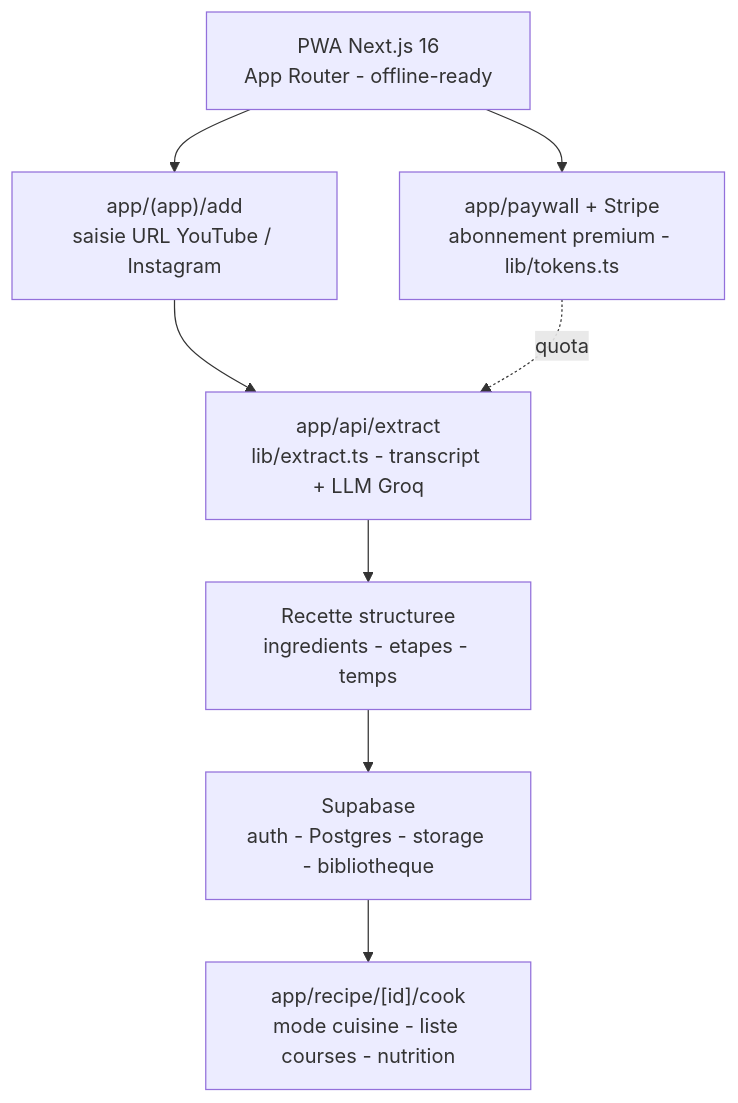
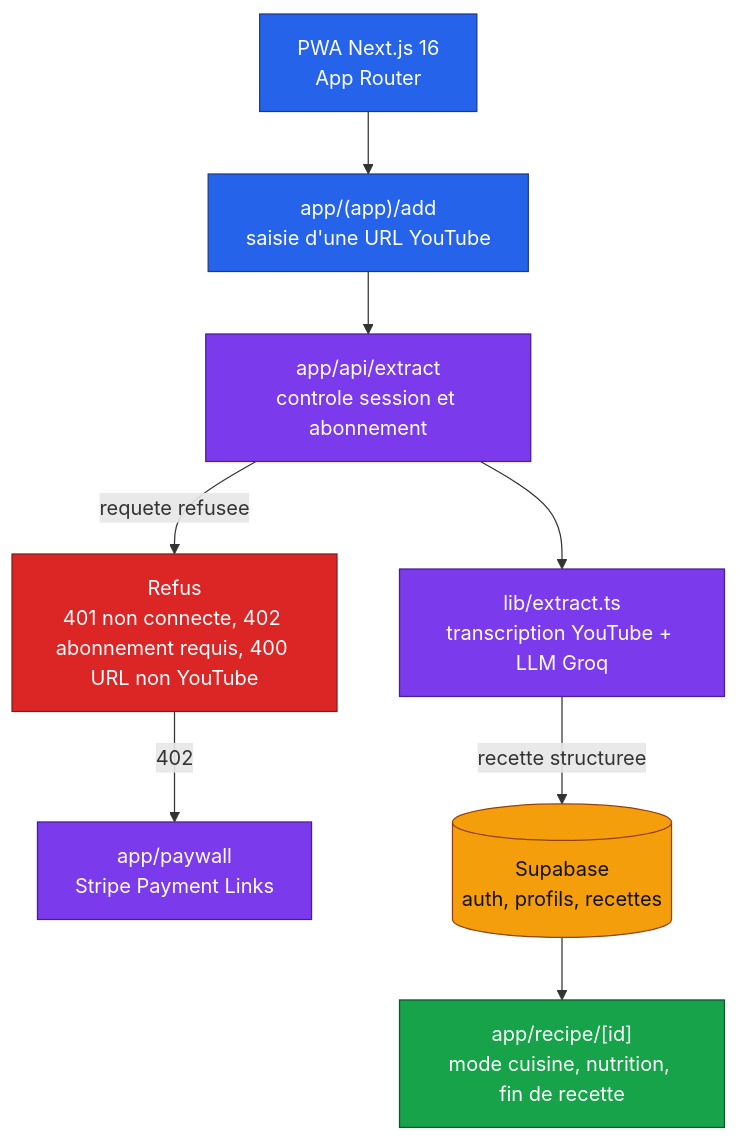
One commit to Adam-Blf/let-me-cook-v1 changed the diagram in README.md. Above: the diagram before and after it, drawn with Mermaid. The commit also changed other lines of this file and 2 other files, not shown here.

Commit message:
Bring README and release setup to showcase standard (#5)
* Colour the Mermaid architecture and align README with the code

* Add changelog for 0.1.0

* Add tag-driven release workflow

````diff
--- a/README.md
+++ b/README.md
@@ -26,15 +25,28 @@
 ```mermaid
 flowchart TB
-    USER["PWA Next.js 16<br/>App Router - offline-ready"]
-    ADD["app/(app)/add<br/>saisie URL YouTube / Instagram"]
-    EXTRACT["app/api/extract<br/>lib/extract.ts - transcript + LLM Groq"]
-    RECIPE["Recette structuree<br/>ingredients - etapes - temps"]
-    SUPA["Supabase<br/>auth - Postgres - storage - bibliotheque"]
-    COOK["app/recipe/[id]/cook<br/>mode cuisine - liste courses - nutrition"]
-    PAY["app/paywall + Stripe<br/>abonnement premium - lib/tokens.ts"]
+    USER["PWA Next.js 16<br/>App Router"]
+    ADD["app/(app)/add<br/>saisie d'une URL YouTube"]
+    EXTRACT["app/api/extract<br/>controle session et abonnement"]
+    LLM["lib/extract.ts<br/>transcription YouTube + LLM Groq"]
+    REFUS["Refus<br/>401 non connecte, 402 abonnement requis, 400 URL non YouTube"]
+    PAY["app/paywall<br/>Stripe Payment Links"]
+    SUPA[("Supabase<br/>auth, profils, recettes")]
+    COOK["app/recipe/[id]<br/>mode cuisine, nutrition, fin de recette"]
 
-    USER --> ADD --> EXTRACT --> RECIPE --> SUPA
+    USER --> ADD --> EXTRACT
+    EXTRACT -->|requete refusee| REFUS
+    REFUS -->|402| PAY
+    EXTRACT --> LLM -->|recette structuree| SUPA
     SUPA --> COOK
-    USER --> PAY
-    PAY -.quota.-> EXTRACT
+
+    classDef input fill:#2563eb,stroke:#1e3a8a,color:#fff
+    classDef process fill:#7c3aed,stroke:#4c1d95,color:#fff
+    classDef store fill:#f59e0b,stroke:#92400e,color:#111
+    classDef ok fill:#16a34a,stroke:#14532d,color:#fff
+    classDef error fill:#dc2626,stroke:#7f1d1d,color:#fff
+    class USER,ADD input
+    class EXTRACT,LLM,PAY process
+    class SUPA store
+    class COOK ok
+    class REFUS error
 ```
````
